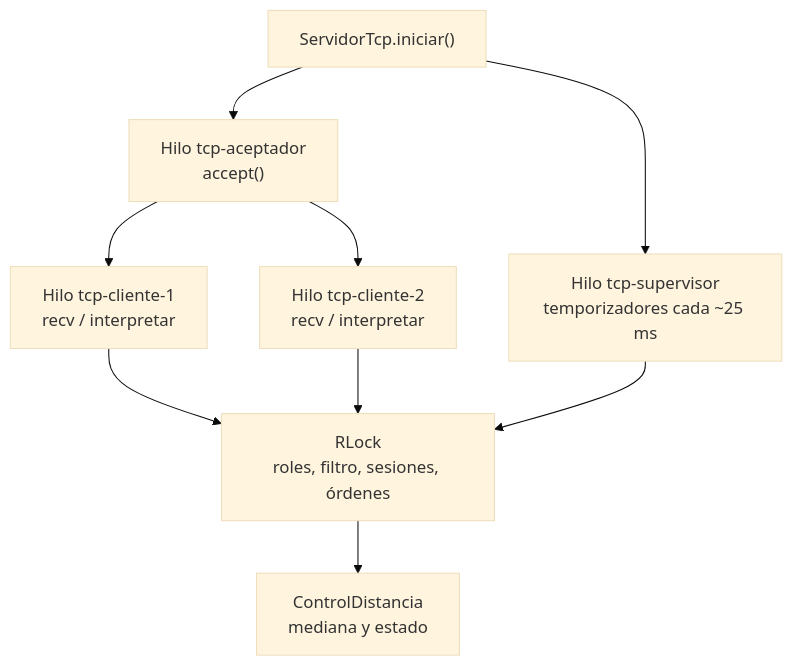
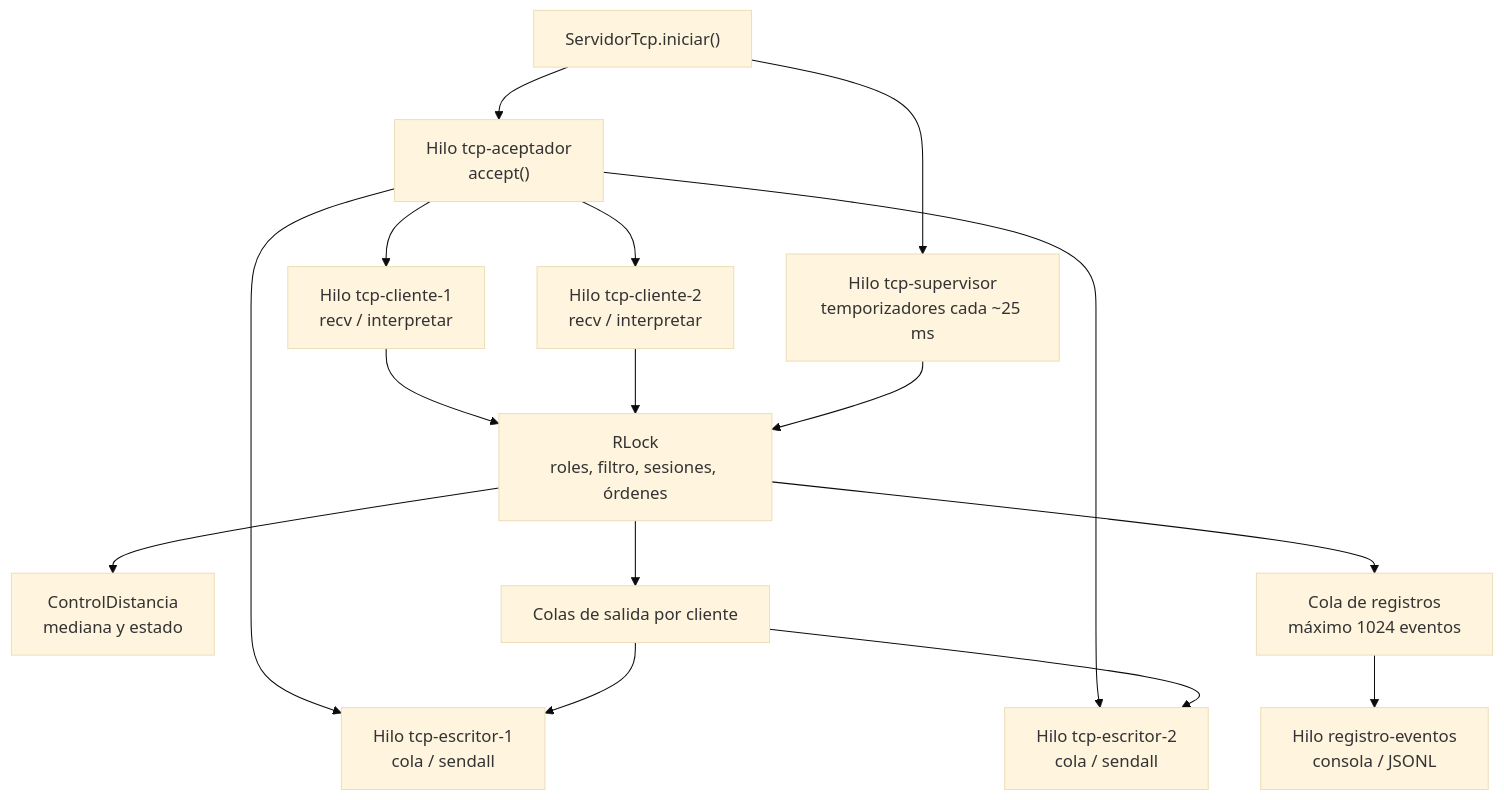
One commit to Sam-J-R/IoT_practica_2 changed the second of 4 diagrams in documentacion/ARQUITECTURA_HILOS.md. Above: the diagram before and after it, drawn with Mermaid (base theme). The commit also changed other lines of this file and 33 other files, not shown here.

````diff
--- a/documentacion/ARQUITECTURA_HILOS.md
+++ b/documentacion/ARQUITECTURA_HILOS.md
@@ -21,11 +21,18 @@
 ```mermaid
 flowchart TD
     INI["ServidorTcp.iniciar()"] --> AC["Hilo tcp-aceptador<br/>accept()"]
     AC --> C1["Hilo tcp-cliente-1<br/>recv / interpretar"]
     AC --> C2["Hilo tcp-cliente-2<br/>recv / interpretar"]
+    AC --> W1["Hilo tcp-escritor-1<br/>cola / sendall"]
+    AC --> W2["Hilo tcp-escritor-2<br/>cola / sendall"]
     INI --> SUP["Hilo tcp-supervisor<br/>temporizadores cada ~25 ms"]
     C1 --> LOCK["RLock<br/>roles, filtro, sesiones, órdenes"]
     C2 --> LOCK
     SUP --> LOCK
     LOCK --> EST["ControlDistancia<br/>mediana y estado"]
+    LOCK --> Q["Colas de salida por cliente"]
+    Q --> W1
+    Q --> W2
+    LOCK --> R["Cola de registros<br/>máximo 1024 eventos"]
+    R --> LOG["Hilo registro-eventos<br/>consola / JSONL"]
 ```
````
